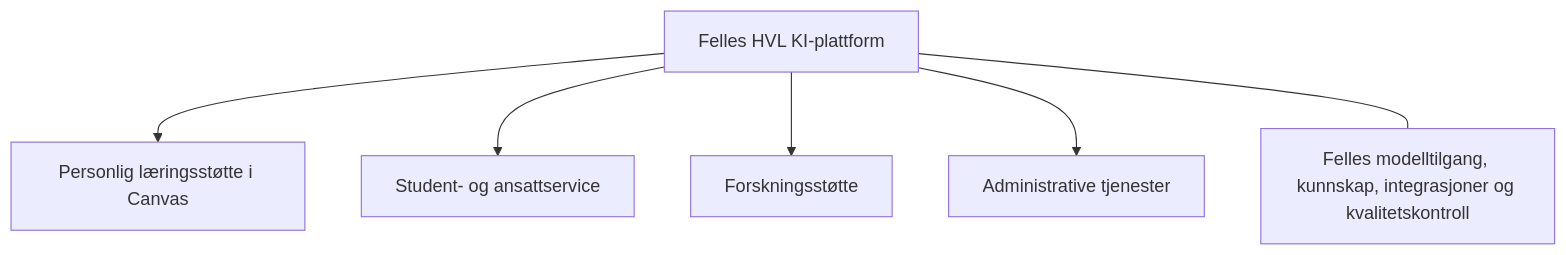
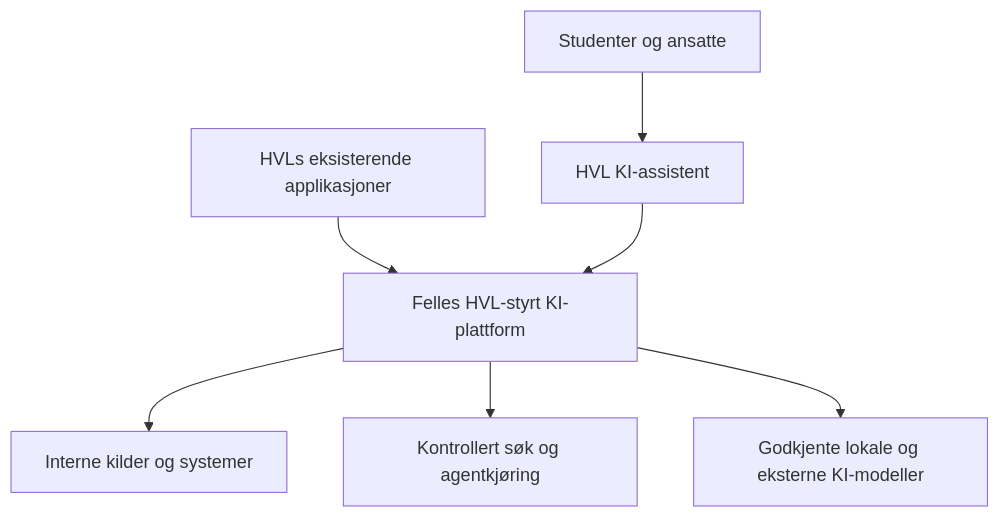
One commit to IvarRosenbergHVL/hvl-ki-documentation changed the diagram in docs/prodekanforum/intro.mdx. Above: the diagram before and after it, drawn with Mermaid. The commit also changed other lines of this file and 2 other files, not shown here.

````diff
--- a/docs/prodekanforum/intro.mdx
+++ b/docs/prodekanforum/intro.mdx
@@ -26,8 +37,9 @@
 ```mermaid
 flowchart TD
- P[Felles HVL KI-plattform] --> U[Personlig læringsstøtte i Canvas]
- P --> M[Student- og ansattservice]
- P --> F[Forskningsstøtte]
- P --> A[Administrative tjenester]
- P --- K[Felles modelltilgang, kunnskap, integrasjoner og kvalitetskontroll]
+ U[Studenter og ansatte] --> C[HVL KI-assistent]
+ A[HVLs eksisterende applikasjoner] --> P
+ C --> P[Felles HVL-styrt KI-plattform]
+ P --> K[Interne kilder og systemer]
+ P --> W[Kontrollert søk og agentkjøring]
+ P --> M[Godkjente lokale og eksterne KI-modeller]
 ```
````
